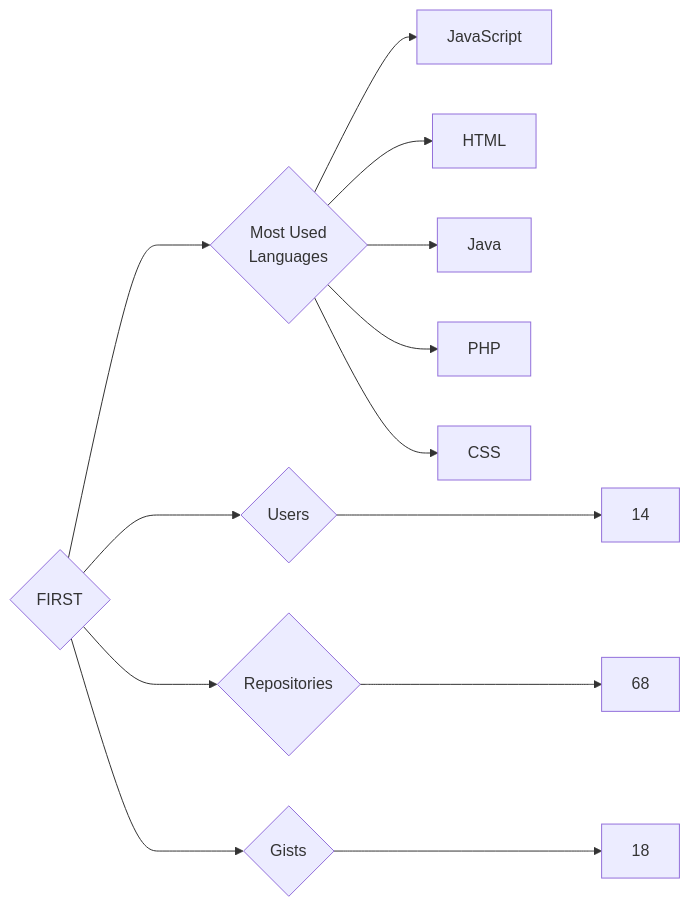
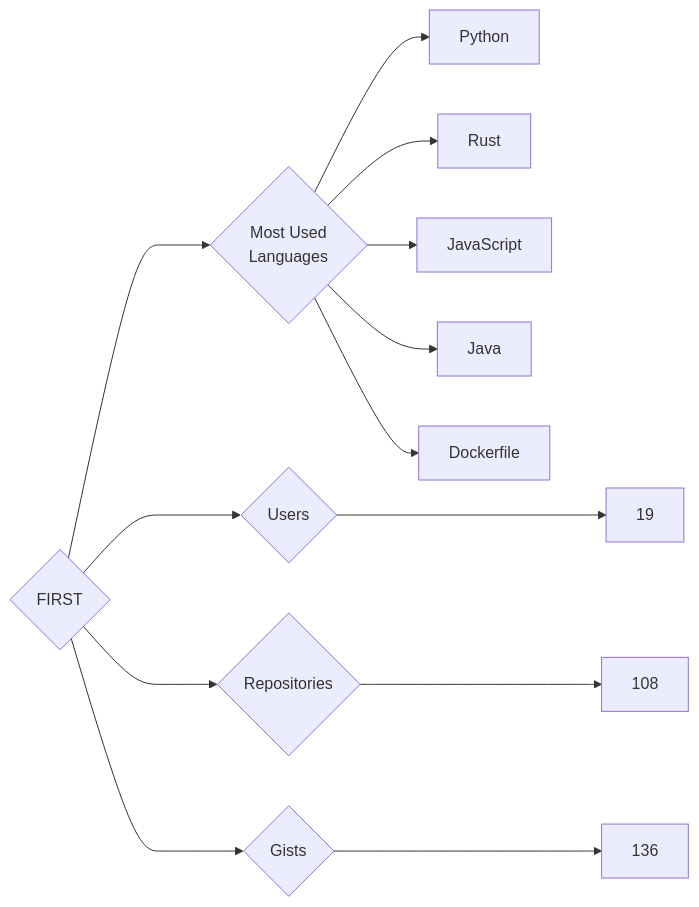
The diagram in targets/FIRST/README.md (trickest/insiders), drawn with Mermaid before and after one commit. The commit also changed 569 other files, not shown here.

````diff
--- a/targets/FIRST/README.md
+++ b/targets/FIRST/README.md
@@ -3,13 +3,13 @@
 ```mermaid
 graph LR
 COMPANY_NAME{FIRST}
-COMPANY_NAME ---> U{Users} ---> UN[14]
-COMPANY_NAME ---> R{Repositories} ---> RN[68]
-COMPANY_NAME ---> G{Gists} ---> GN[18]
+COMPANY_NAME ---> U{Users} ---> UN[19]
+COMPANY_NAME ---> R{Repositories} ---> RN[108]
+COMPANY_NAME ---> G{Gists} ---> GN[136]
 COMPANY_NAME ---> ML{Most Used<br>Languages}
+ML --> Python[Python]
+ML --> Rust[Rust]
 ML --> JavaScript[JavaScript]
-ML --> HTML[HTML]
 ML --> Java[Java]
-ML --> PHP[PHP]
-ML --> CSS[CSS]
+ML --> Dockerfile[Dockerfile]
 ```
````
